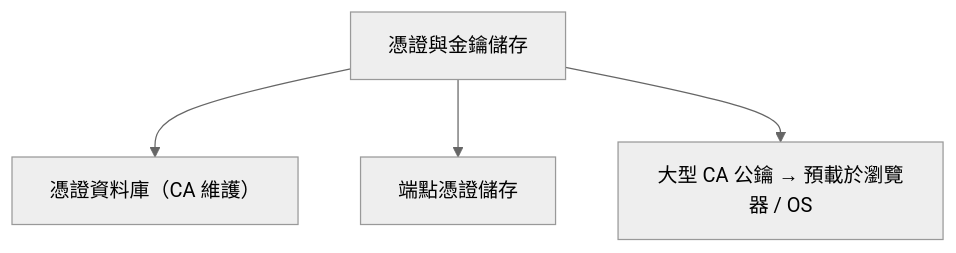
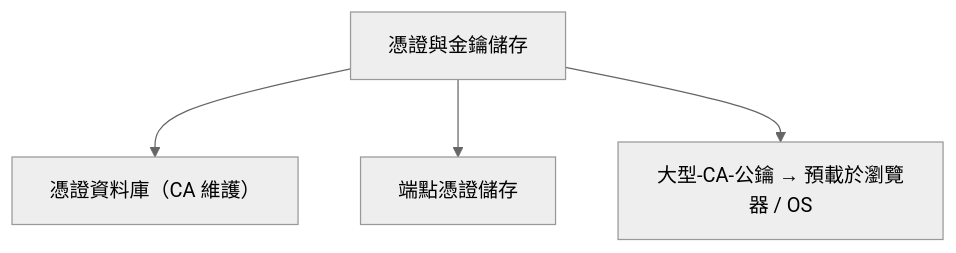
One commit to Twister5-com-tw-Dev-dep/CISSP-Mindset changed the fifth of 6 diagrams in Domain3/7.Digital-Signatures-&-Certificates.md. Above: the diagram before and after it, drawn with Mermaid (neutral theme). The commit also changed other lines of this file, not shown here.

Commit message:
fix: mermaid syntax error

````diff
--- a/Domain3/7.Digital-Signatures-&-Certificates.md
+++ b/Domain3/7.Digital-Signatures-&-Certificates.md
@@ -128,6 +128,6 @@
 ```mermaid
 graph TD
 A[憑證與金鑰儲存] --> B[憑證資料庫（CA 維護）]
 A --> C[端點憑證儲存]
-A --> D[大型 CA 公鑰 → 預載於瀏覽器 / OS]
+A --> D[大型-CA-公鑰 → 預載於瀏覽器 / OS]
 ```
````
